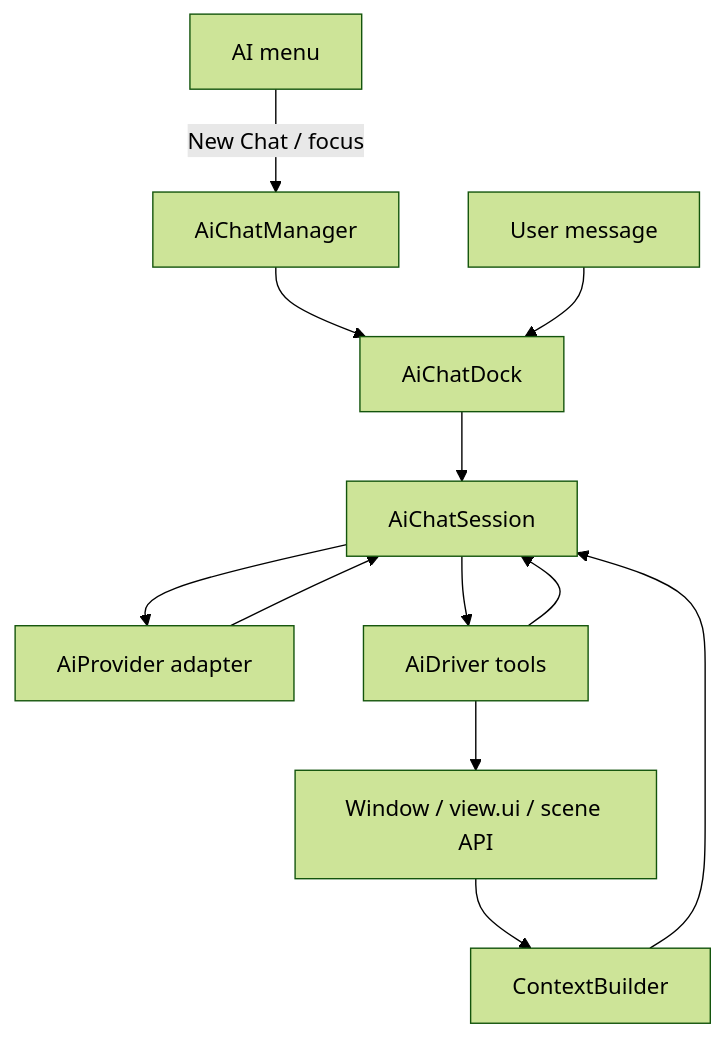
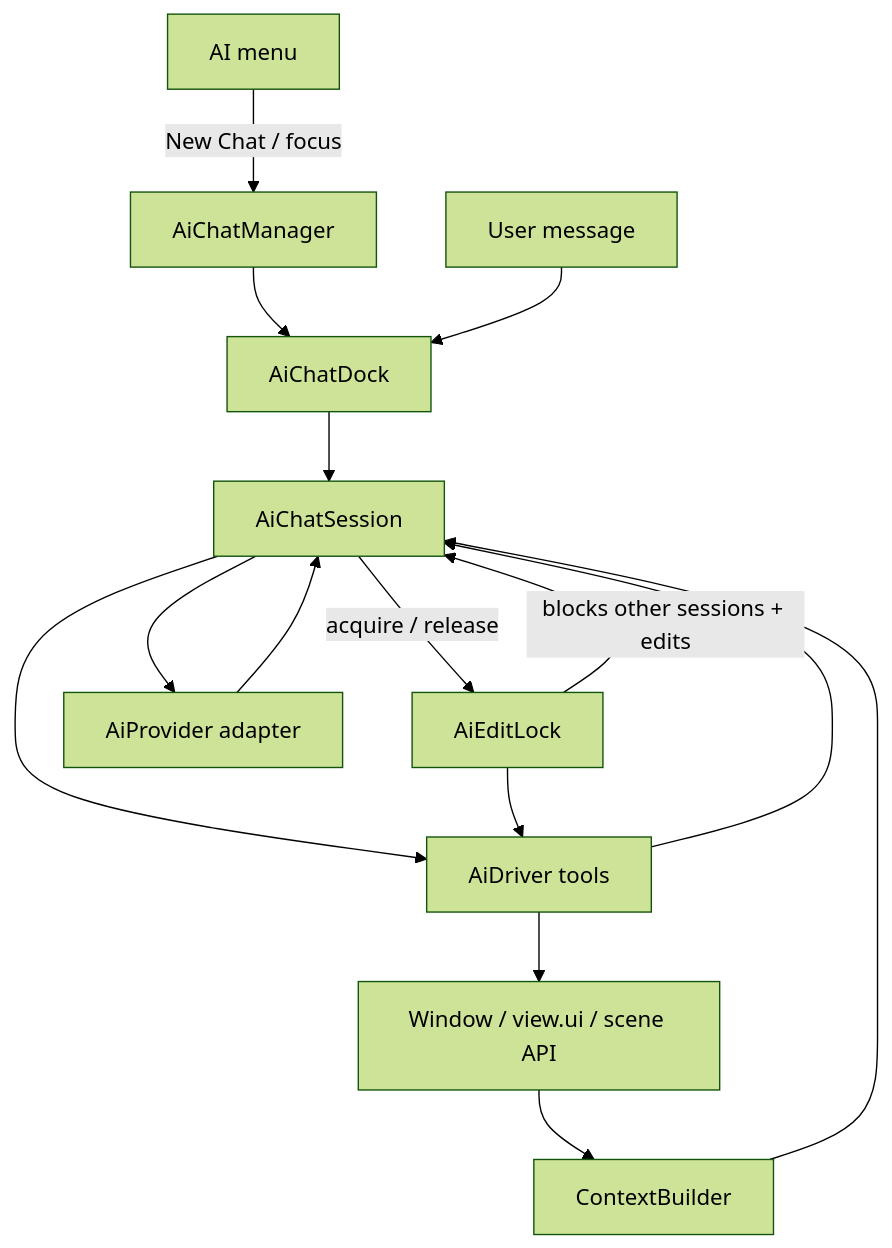
The diagram in doc/AI_CHAT.md (amb5l/ConnectEd), drawn with Mermaid (forest theme) before and after one commit. The commit also changed other lines of this file and 15 other files, not shown here.

````diff
--- a/doc/AI_CHAT.md
+++ b/doc/AI_CHAT.md
@@ -71,22 +74,26 @@
 ```mermaid
 flowchart TB
   User[User message]
   AiMenu[AI menu]
   Manager[AiChatManager]
   ChatDock[AiChatDock]
   Session[AiChatSession]
+  Lock[AiEditLock]
   Provider[AiProvider adapter]
   Driver[AiDriver tools]
   App[Window / view.ui / scene API]
 
   AiMenu -->|New Chat / focus| Manager
   Manager --> ChatDock
   User --> ChatDock --> Session
+  Session -->|acquire / release| Lock
+  Lock -->|blocks other sessions + edits| Session
   Session --> Provider
   Session --> Driver
+  Lock --> Driver
   Driver --> App
   Driver --> Session
   Provider --> Session
   Context[ContextBuilder] --> Session
   App --> Context
 ```
````
